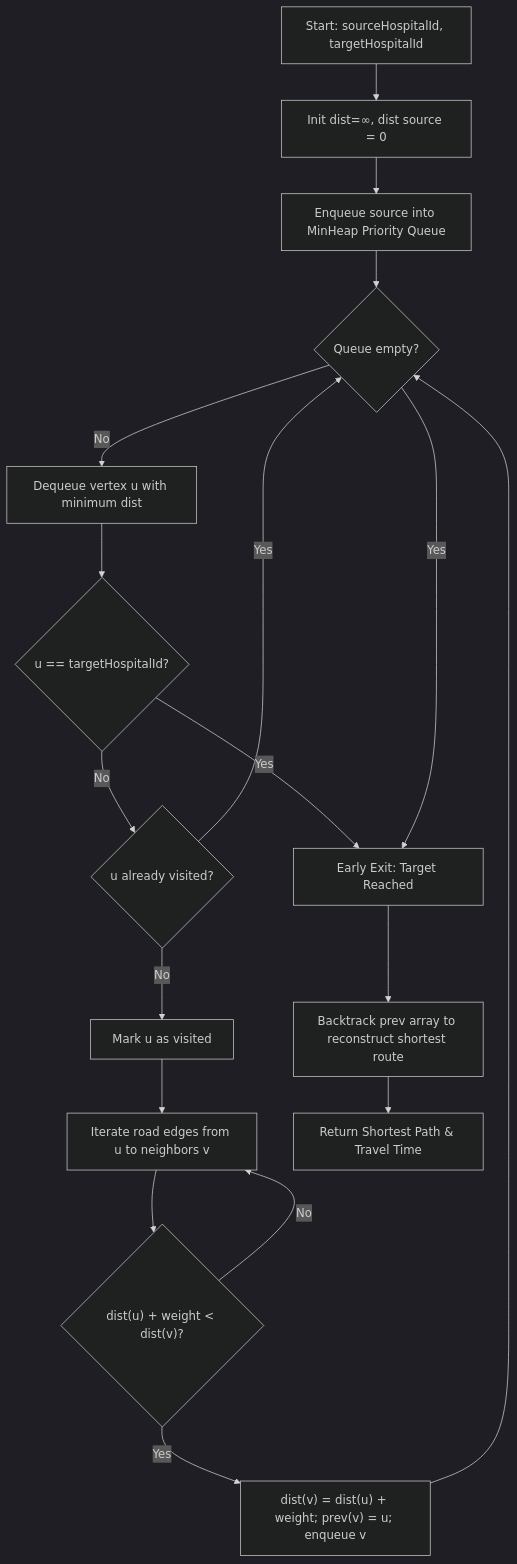
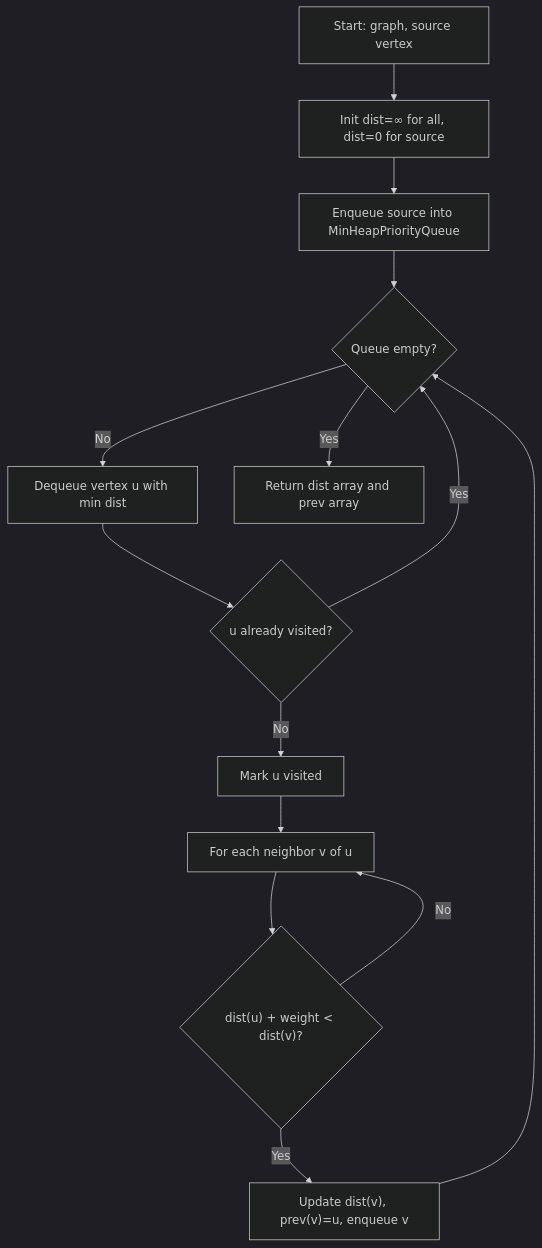
The second of 5 diagrams in docs/service-operations/flowcharts-pseudocode.md (Septagon-Systems/Hospital-Service-DSA), drawn with Mermaid (dark theme) before and after one commit. The commit also changed other lines of this file, not shown here.

First line of the commit message:
Revise flowcharts and pseudocode for major operations

````diff
--- a/docs/service-operations/flowcharts-pseudocode.md
+++ b/docs/service-operations/flowcharts-pseudocode.md
@@ -175,20 +125,16 @@
 ```mermaid
 flowchart TD
-    A[Start: sourceHospitalId, targetHospitalId] --> B[Init dist=∞, dist source = 0]
-    B --> C[Enqueue source into MinHeap Priority Queue]
+    A[Start: graph, source vertex] --> B[Init dist=∞ for all, dist=0 for source]
+    B --> C[Enqueue source into MinHeapPriorityQueue]
     C --> D{Queue empty?}
-    D -- No --> E[Dequeue vertex u with minimum dist]
-    E --> F{u == targetHospitalId?}
-    F -- Yes --> G[Early Exit: Target Reached]
-    F -- No --> H{u already visited?}
-    H -- Yes --> D
-    H -- No --> I[Mark u as visited]
-    I --> J[Iterate road edges from u to neighbors v]
-    J --> K{"dist(u) + weight < dist(v)?"}
-    K -- Yes --> L["dist(v) = dist(u) + weight; prev(v) = u; enqueue v"]
-    K -- No --> J
-    L --> D
-    D -- Yes --> G
-    G --> M[Backtrack prev array to reconstruct shortest route]
-    M --> N[Return Shortest Path & Travel Time]
+    D -- No --> E[Dequeue vertex u with min dist]
+    E --> F{u already visited?}
+    F -- Yes --> D
+    F -- No --> G[Mark u visited]
+    G --> H[For each neighbor v of u]
+    H --> I{"dist(u) + weight < dist(v)?"}
+    I -- Yes --> J["Update dist(v), prev(v)=u, enqueue v"]
+    I -- No --> H
+    J --> D
+    D -- Yes --> K[Return dist array and prev array]
 ```
````
